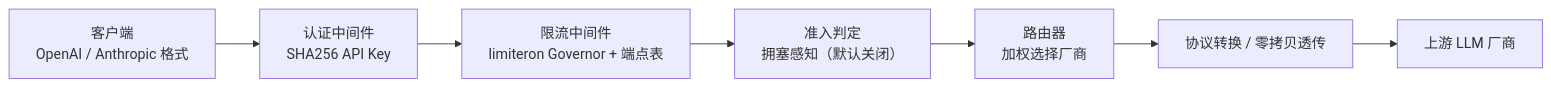
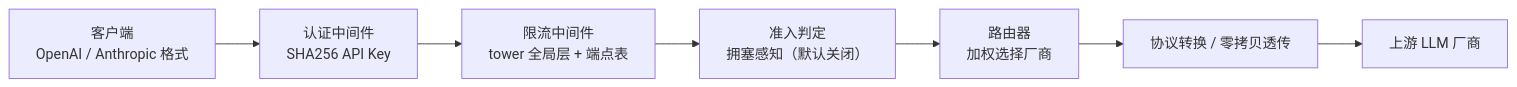
The first of 4 diagrams in docs/USER_GUIDE.md (Kirky-X/fluxgate), drawn with Mermaid before and after one commit. The commit also changed other lines of this file and 44 other files, not shown here.

````diff
--- a/docs/USER_GUIDE.md
+++ b/docs/USER_GUIDE.md
@@ -73,9 +73,9 @@
 ```mermaid
 flowchart LR
     A["客户端<br/>OpenAI / Anthropic 格式"] --> B["认证中间件<br/>SHA256 API Key"]
-    B --> C["限流中间件<br/>limiteron Governor + 端点表"]
+    B --> C["限流中间件<br/>tower 全局层 + 端点表"]
     C --> D["准入判定<br/>拥塞感知（默认关闭）"]
     D --> E["路由器<br/>加权选择厂商"]
     E --> F["协议转换 / 零拷贝透传"]
     F --> G["上游 LLM 厂商"]
 ```
````
